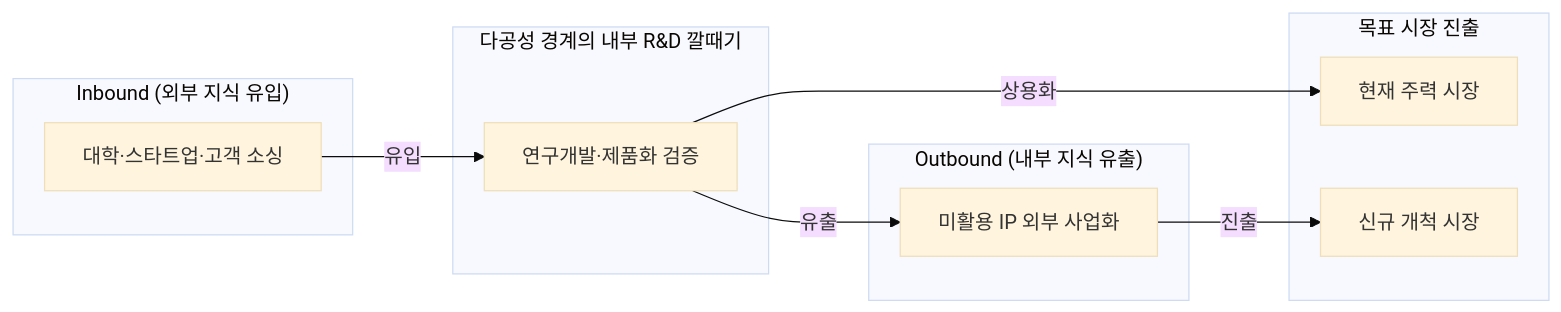
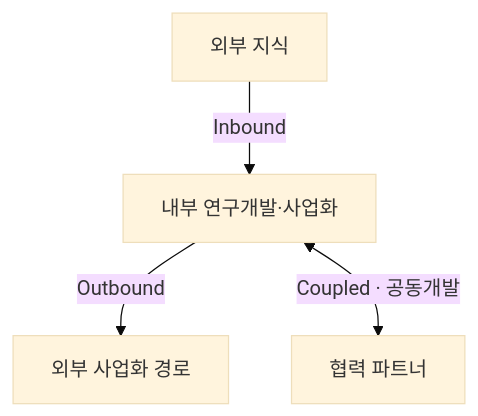
Before and after one commit to agnusdei1207/study: the first of 2 diagrams in src/content/docs/notes/itpe/01-it-strategy/114_open_innovation.md, drawn with Mermaid (base theme). The commit also changed other lines of this file and 39 other files, not shown here.

````diff
--- a/src/content/docs/notes/itpe/01-it-strategy/114_open_innovation.md
+++ b/src/content/docs/notes/itpe/01-it-strategy/114_open_innovation.md
@@ -55,20 +55,6 @@
 ```mermaid
-flowchart LR
-    subgraph INBOUND["Inbound (외부 지식 유입)"]
-        IN["대학·스타트업·고객 소싱"]
-    end
-    subgraph FUNNEL["다공성 경계의 내부 R&D 깔때기"]
-        RD["연구개발·제품화 검증"]
-    end
-    subgraph OUTBOUND["Outbound (내부 지식 유출)"]
-        OUT["미활용 IP 외부 사업화"]
-    end
-    subgraph MARKETS["목표 시장 진출"]
-        M1["현재 주력 시장"]
-        M2["신규 개척 시장"]
-    end
-
-    IN -->|유입| RD
-    RD -->|상용화| M1
-    RD -->|유출| OUT -->|진출| M2
+flowchart TD
+    IN["외부 지식"] -->|Inbound| RD["내부 연구개발·사업화"]
+    RD -->|Outbound| OUT["외부 사업화 경로"]
+    RD <-->|Coupled · 공동개발| PARTNER["협력 파트너"]
 ```
````
